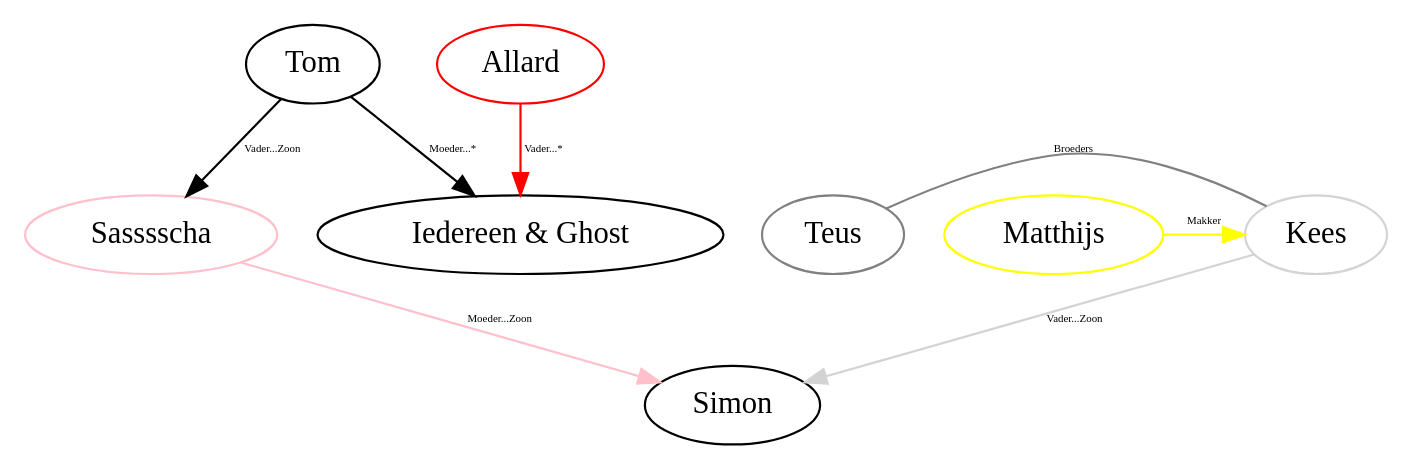
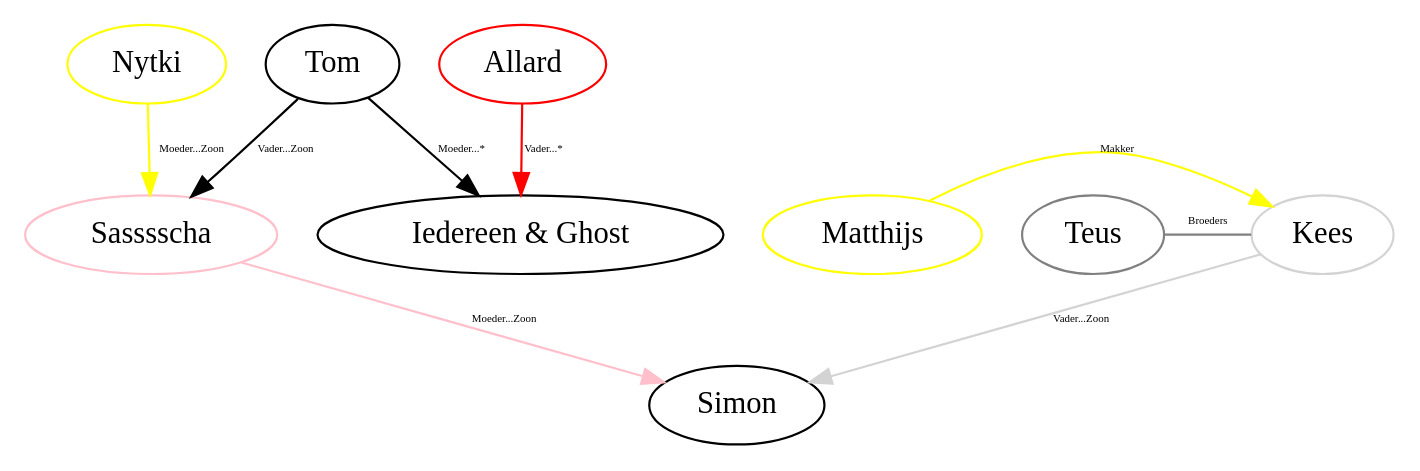
The diagram in graphs/family.dot (Abyss-mal-Graphics/Graphs.dot), drawn with Graphviz before and after one commit.

Commit message:
Update family.dot
Nytki = moeder Sas

```diff
--- a/graphs/family.dot
+++ b/graphs/family.dot
@@ -1,56 +1,64 @@
 digraph {
     edge [fontsize=5];
     Iedereen [label="Iedereen & Ghost"];
 
     subgraph Zoomers {
         rank = same;
         Kees;
         Teus;
         Sas;
         Matthijs;
     }
 
     subgraph Millenials {
         rank = same;
+        Nytki;
         Tom;
         Allard;
     }
 
     subgraph Tom {
         edge [color=black];
         Tom;
         Tom -> Sas [label="Vader...Zoon"];
         Tom->Iedereen [label="Moeder...*"];
     }
 
     subgraph Sas {
         edge [color=pink];
         Sas [color=pink label="Sasssscha"];
         Sas -> Simon [label="Moeder...Zoon"];
     }
 
     subgraph Kees {
         edge [color=lightgrey];
         Kees [color=lightgrey];
         Kees->Simon [label="Vader...Zoon"];
     }
 
     subgraph Teus {
         edge [color=grey];
         Teus [color=grey];
         Teus->Kees [label="Broeders" dir="none"];
     }
 
     subgraph Allard {
         edge [color=red];
         Allard [color=red];
         Allard->Iedereen [label="Vader...*"];
     }
     
     subgraph Matthijs{
         edge [color=yellow];
         Matthijs [color=yellow];
         Matthijs->Kees [label="Makker"];
     
     }
+    
+    subgraph Nytki{
+        edge [color=yellow];
+        Nytki [color=yellow];
+        Nytki->Sas [label="Moeder...Zoon"];
+    
+    }
 }
```
